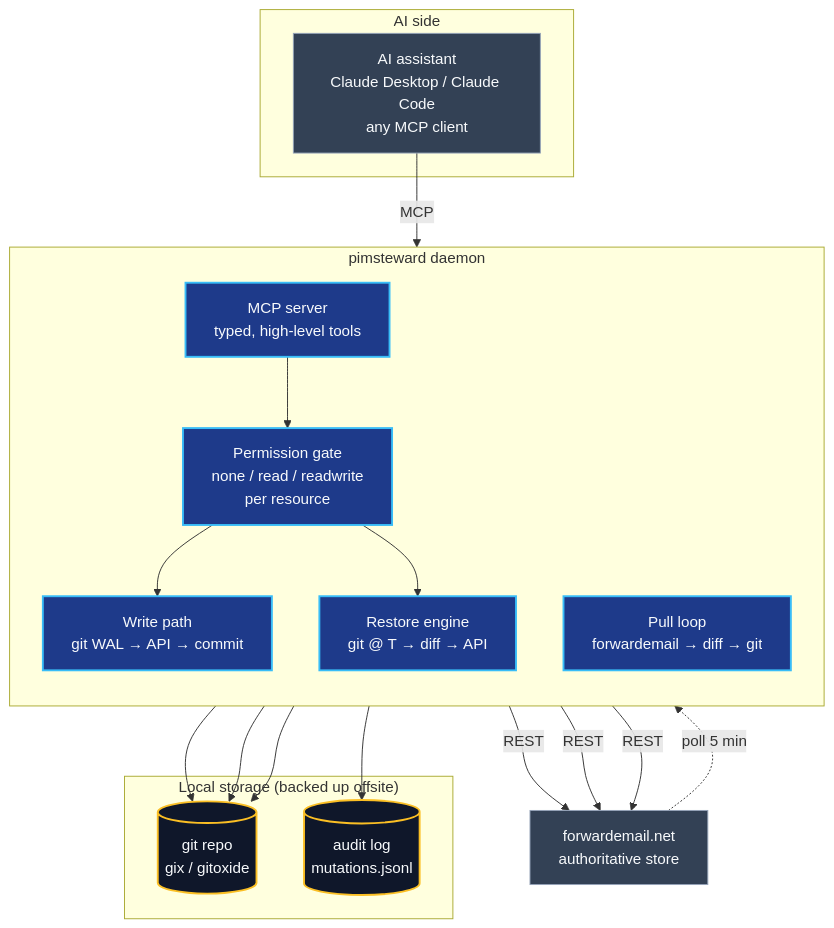
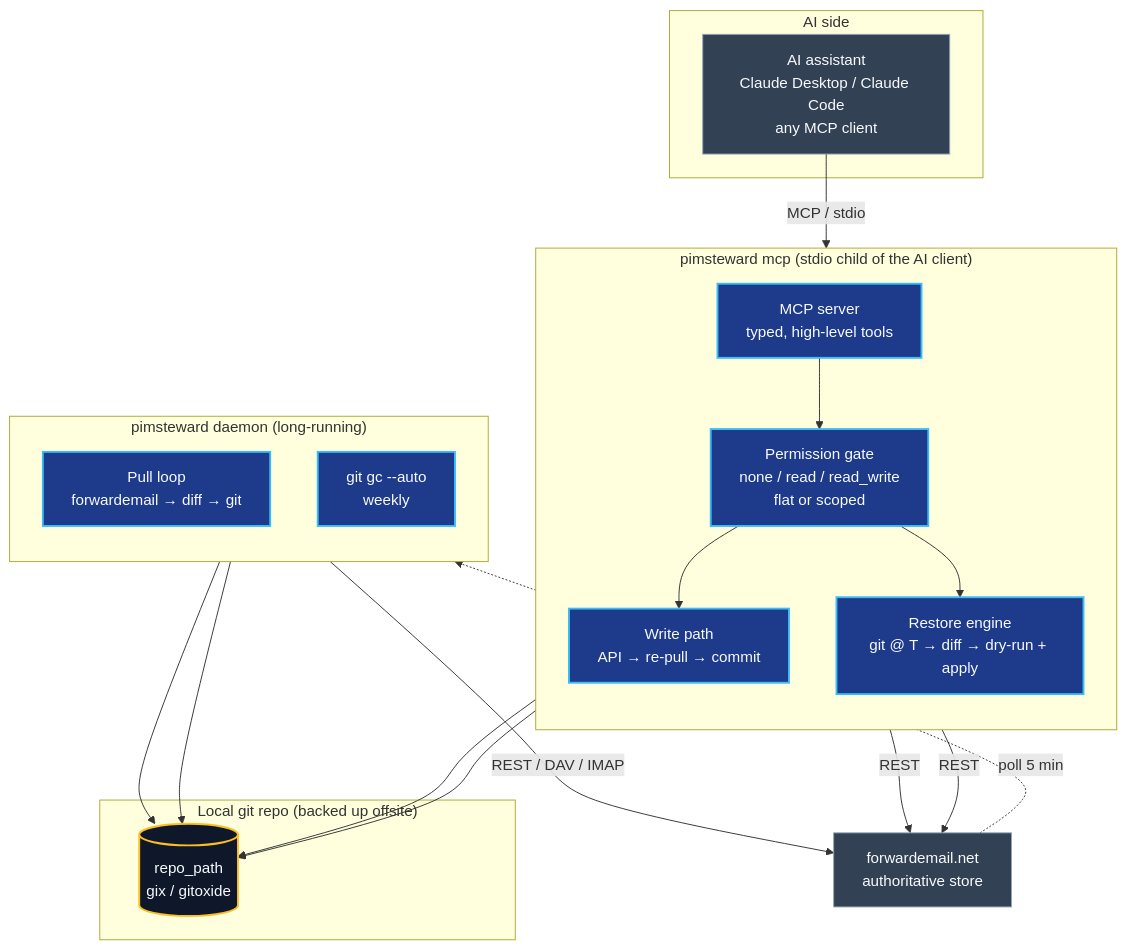
Before and after one commit to dcardamo/pimsteward: the first of 3 diagrams in README.md, drawn with Mermaid. The commit also changed other lines of this file, not shown here.

````diff
--- a/README.md
+++ b/README.md
@@ -176,42 +176,46 @@
 ```mermaid
 flowchart TB
     subgraph client["AI side"]
         AI["AI assistant<br/>Claude Desktop / Claude Code<br/>any MCP client"]
     end
 
-    subgraph daemon["pimsteward daemon"]
+    subgraph mcp["pimsteward mcp (stdio child of the AI client)"]
         direction TB
         MCP["MCP server<br/>typed, high-level tools"]
-        PERM["Permission gate<br/>none / read / readwrite<br/>per resource"]
-        PULL["Pull loop<br/>forwardemail → diff → git"]
-        WRITE["Write path<br/>git WAL → API → commit"]
-        REST["Restore engine<br/>git @ T → diff → API"]
+        PERM["Permission gate<br/>none / read / read_write<br/>flat or scoped"]
+        WRITE["Write path<br/>API → re-pull → commit"]
+        REST["Restore engine<br/>git @ T → diff → dry-run + apply"]
         MCP --> PERM
         PERM --> WRITE
         PERM --> REST
     end
 
-    subgraph storage["Local storage (backed up offsite)"]
-        GIT[("git repo<br/>gix / gitoxide")]
-        AUDIT[("audit log<br/>mutations.jsonl")]
+    subgraph daemon["pimsteward daemon (long-running)"]
+        direction TB
+        PULL["Pull loop<br/>forwardemail → diff → git"]
+        GC["git gc --auto<br/>weekly"]
+    end
+
+    subgraph storage["Local git repo (backed up offsite)"]
+        GIT[("repo_path<br/>gix / gitoxide")]
     end
 
     FE["forwardemail.net<br/>authoritative store"]
 
-    AI -- "MCP" --> MCP
-    PULL -- "REST" --> FE
+    AI -- "MCP / stdio" --> MCP
+    PULL -- "REST / DAV / IMAP" --> FE
     WRITE -- "REST" --> FE
     REST -- "REST" --> FE
     FE -. "poll 5 min" .-> PULL
     PULL --> GIT
     WRITE --> GIT
-    WRITE --> AUDIT
     REST --> GIT
+    GC --> GIT
 
-    classDef daemon fill:#1e3a8a,stroke:#38bdf8,stroke-width:2px,color:#f8fafc;
+    classDef daemonCls fill:#1e3a8a,stroke:#38bdf8,stroke-width:2px,color:#f8fafc;
     classDef store fill:#0f172a,stroke:#fbbf24,stroke-width:2px,color:#f8fafc;
     classDef ext fill:#334155,stroke:#94a3b8,stroke-width:1px,color:#f8fafc;
-    class MCP,PERM,PULL,WRITE,REST daemon;
-    class GIT,AUDIT store;
+    class MCP,PERM,WRITE,REST,PULL,GC daemonCls;
+    class GIT store;
     class AI,FE ext;
 ```
````
